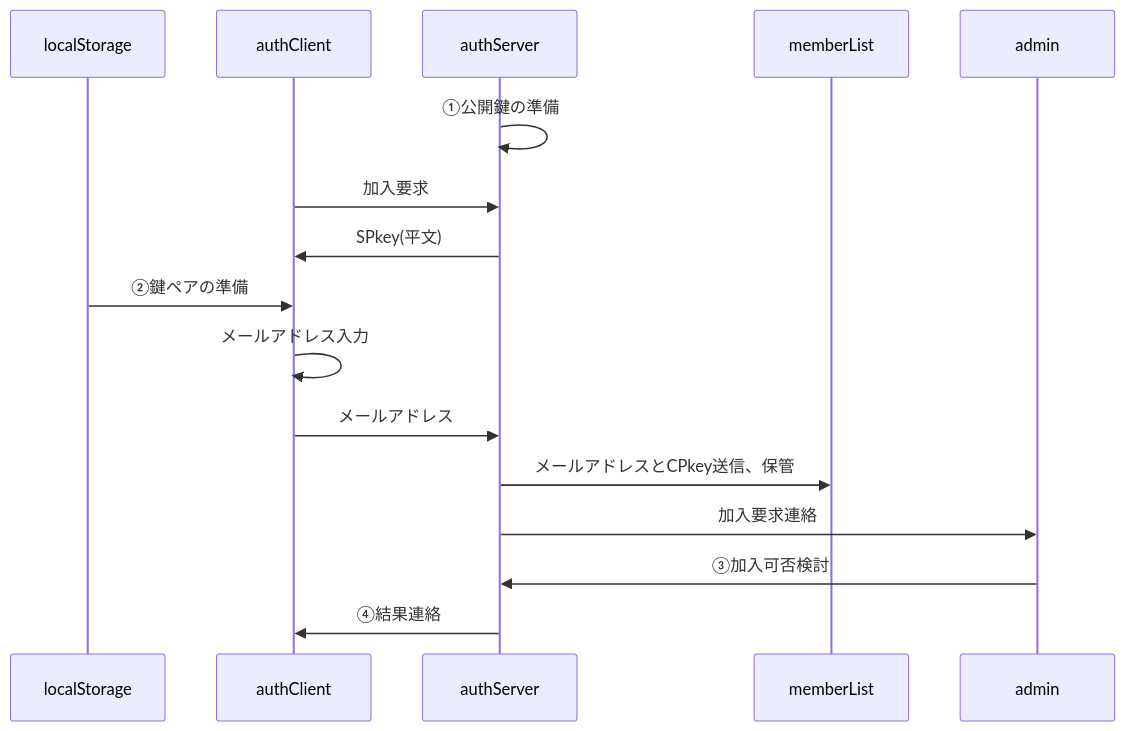
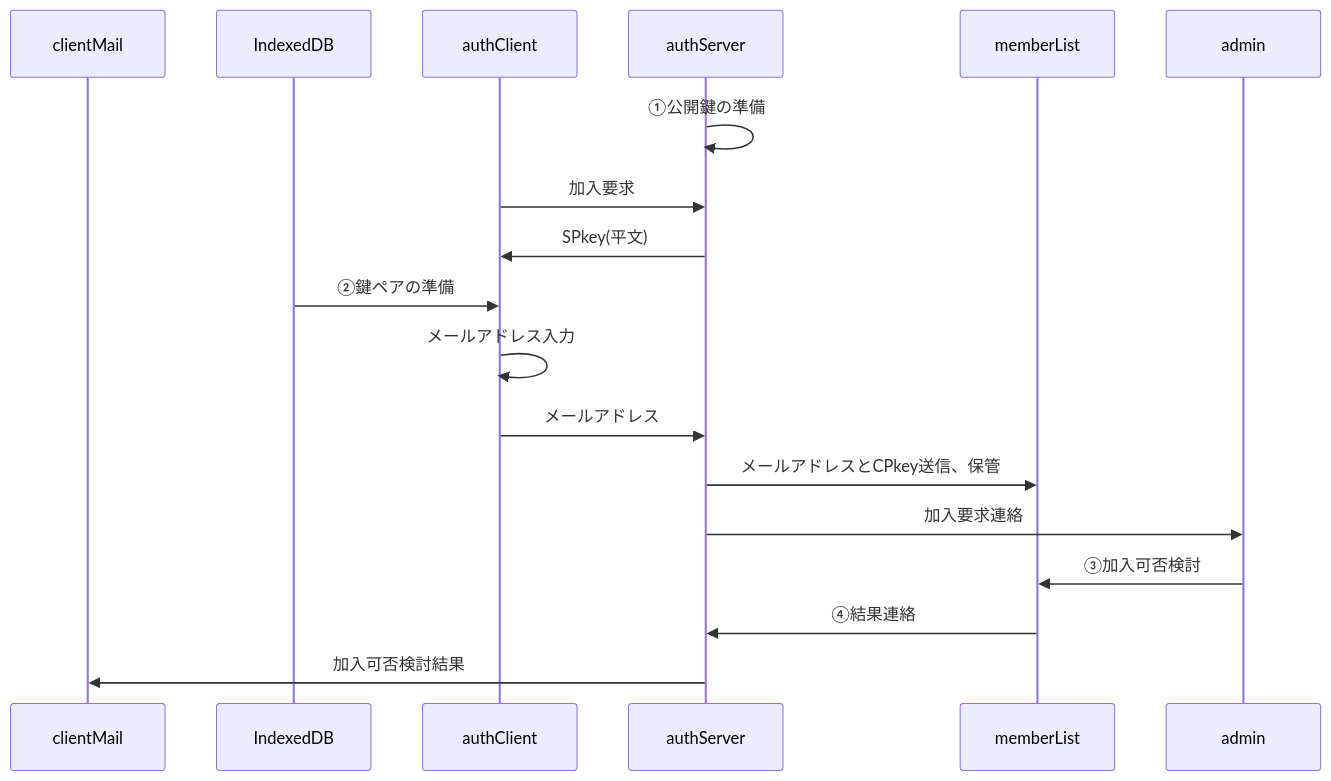
The second of 3 diagrams in underDev/Auth/question.md (nakaone/library), drawn with Mermaid before and after one commit. The commit also changed other lines of this file and 13 other files, not shown here.

````diff
--- a/underDev/Auth/question.md
+++ b/underDev/Auth/question.md
@@ -74,19 +175,21 @@
 ```mermaid
 sequenceDiagram
-  participant localStorage
+  participant clientMail
+  participant IndexedDB
   participant authClient
   participant authServer
   participant memberList
   participant admin
 
   authServer->>authServer: ①公開鍵の準備
   authClient->>authServer: 加入要求
   authServer->>authClient: SPkey(平文)
-  localStorage->>authClient: ②鍵ペアの準備
+  IndexedDB->>authClient: ②鍵ペアの準備
   authClient->>authClient: メールアドレス入力
   authClient->>authServer: メールアドレス
   authServer->>memberList: メールアドレスとCPkey送信、保管
   authServer->>admin: 加入要求連絡
-  admin->>authServer: ③加入可否検討
-  authServer->>authClient: ④結果連絡
+  admin->>memberList: ③加入可否検討
+  memberList->>authServer: ④結果連絡
+  authServer->>clientMail: 加入可否検討結果
 ```
````
